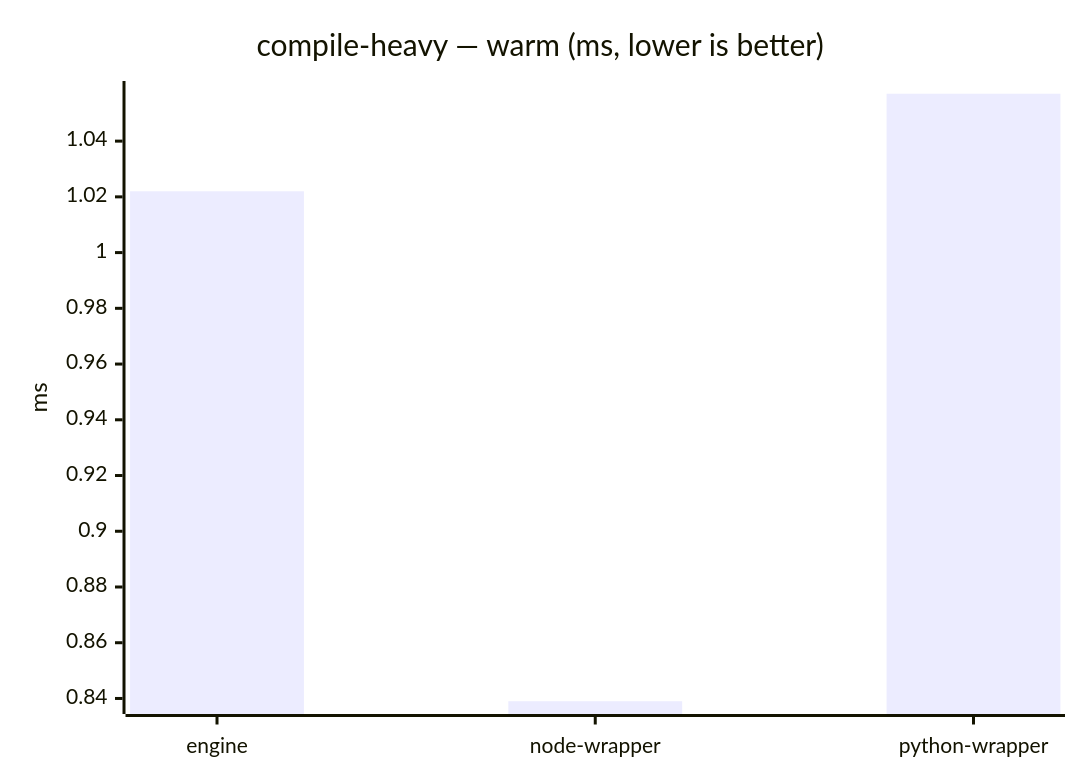
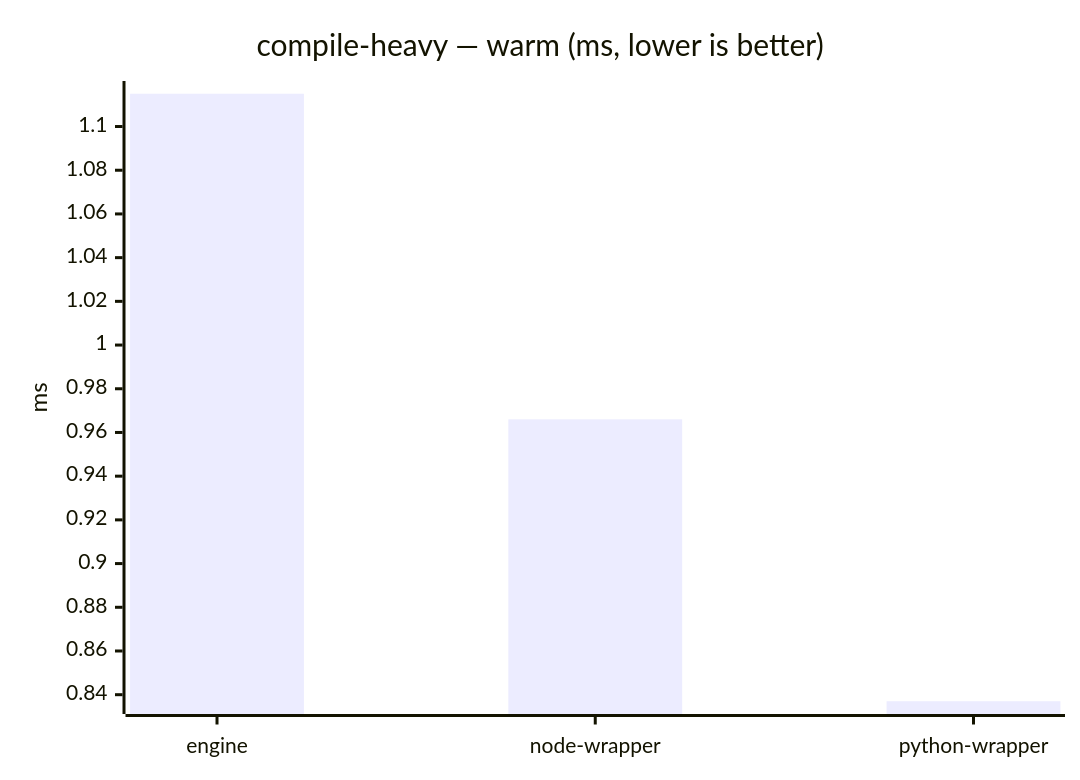
Before and after one commit to mulesoft/data-weave-cli: diagram 15 of 23 in benchmarks/report/RESULTS.md, drawn with Mermaid. The commit also changed other lines of this file, not shown here.

````diff
--- a/benchmarks/report/RESULTS.md
+++ b/benchmarks/report/RESULTS.md
@@ -170,7 +168,7 @@
 ```mermaid
 xychart-beta
     title "compile-heavy — warm (ms, lower is better)"
     x-axis ["engine", "node-wrapper", "python-wrapper"]
     y-axis "ms"
-    bar [1.022, 0.839, 1.057]
+    bar [1.115, 0.966, 0.837]
 ```
````
